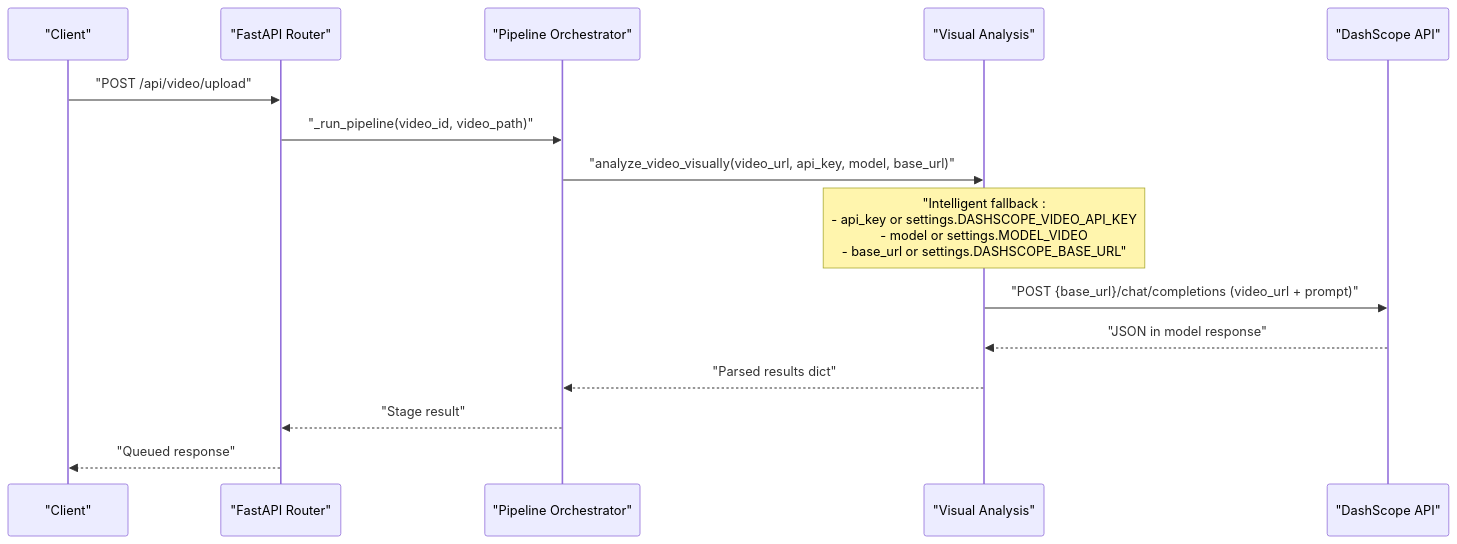
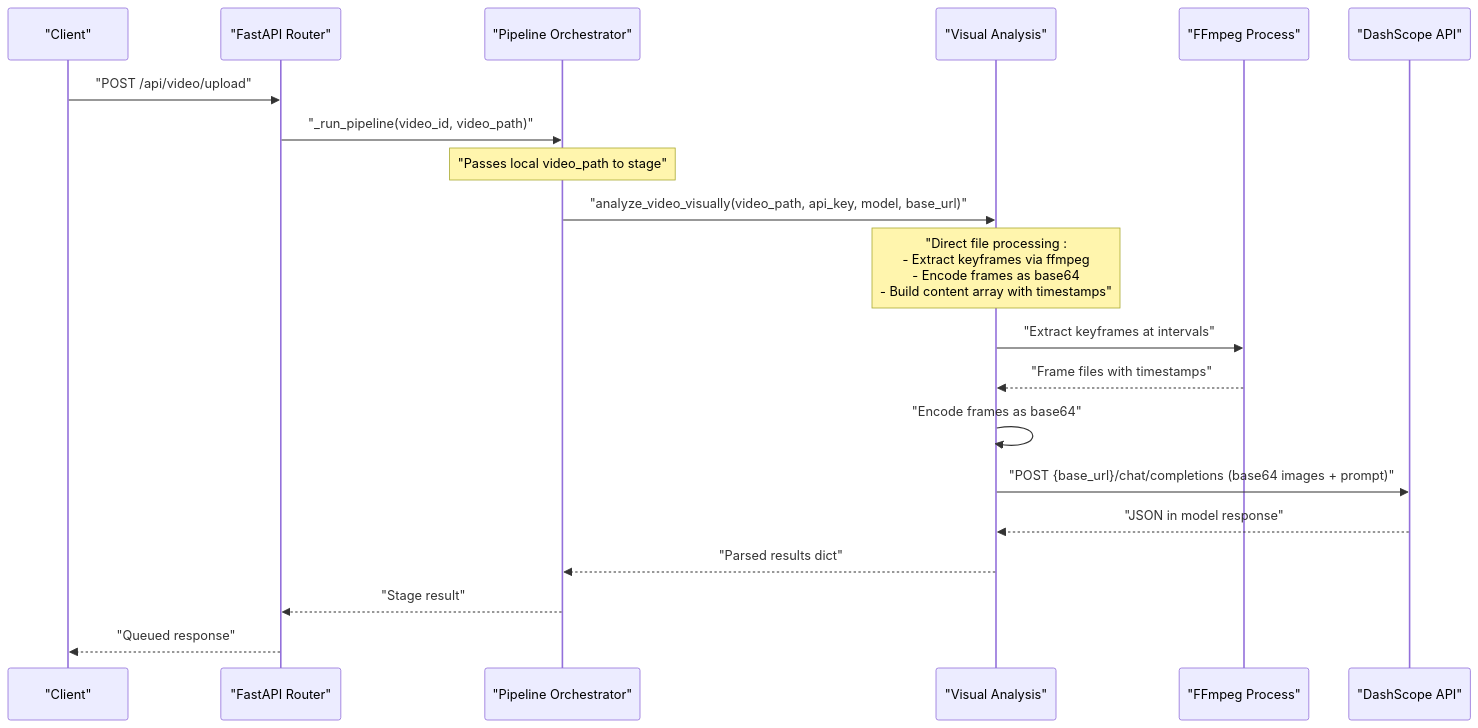
Before and after one commit to alexandreybasta-cyber/dubai-media-ai: the second of 7 diagrams in .qoder/repowiki/en/content/Media Processing Pipeline/Visual Analysis Stage.md, drawn with Mermaid. The commit also changed other lines of this file and 48 other files, not shown here.

````diff
--- a/.qoder/repowiki/en/content/Media Processing Pipeline/Visual Analysis Stage.md
+++ b/.qoder/repowiki/en/content/Media Processing Pipeline/Visual Analysis Stage.md
@@ -101,17 +111,22 @@
 ```mermaid
 sequenceDiagram
 participant Client as "Client"
 participant Router as "FastAPI Router"
 participant Orchestrator as "Pipeline Orchestrator"
 participant VA as "Visual Analysis"
+participant FFmpeg as "FFmpeg Process"
 participant DS as "DashScope API"
 Client->>Router : "POST /api/video/upload"
 Router->>Orchestrator : "_run_pipeline(video_id, video_path)"
-Orchestrator->>VA : "analyze_video_visually(video_url, api_key, model, base_url)"
-Note over VA : "Intelligent fallback : <br/>- api_key or settings.DASHSCOPE_VIDEO_API_KEY<br/>- model or settings.MODEL_VIDEO<br/>- base_url or settings.DASHSCOPE_BASE_URL"
-VA->>DS : "POST {base_url}/chat/completions (video_url + prompt)"
+Note over Orchestrator : "Passes local video_path to stage"
+Orchestrator->>VA : "analyze_video_visually(video_path, api_key, model, base_url)"
+Note over VA : "Direct file processing : <br/>- Extract keyframes via ffmpeg<br/>- Encode frames as base64<br/>- Build content array with timestamps"
+VA->>FFmpeg : "Extract keyframes at intervals"
+FFmpeg-->>VA : "Frame files with timestamps"
+VA->>VA : "Encode frames as base64"
+VA->>DS : "POST {base_url}/chat/completions (base64 images + prompt)"
 DS-->>VA : "JSON in model response"
 VA-->>Orchestrator : "Parsed results dict"
 Orchestrator-->>Router : "Stage result"
 Router-->>Client : "Queued response"
 ```
````
